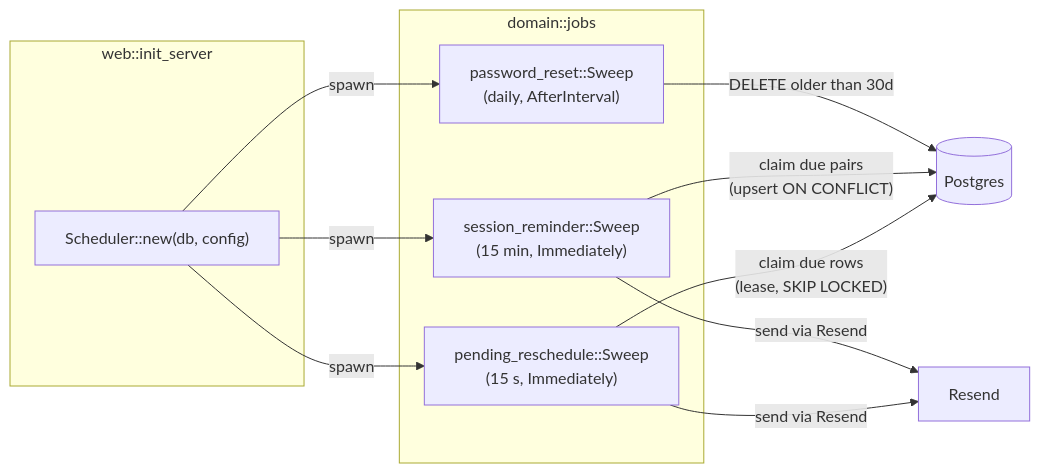
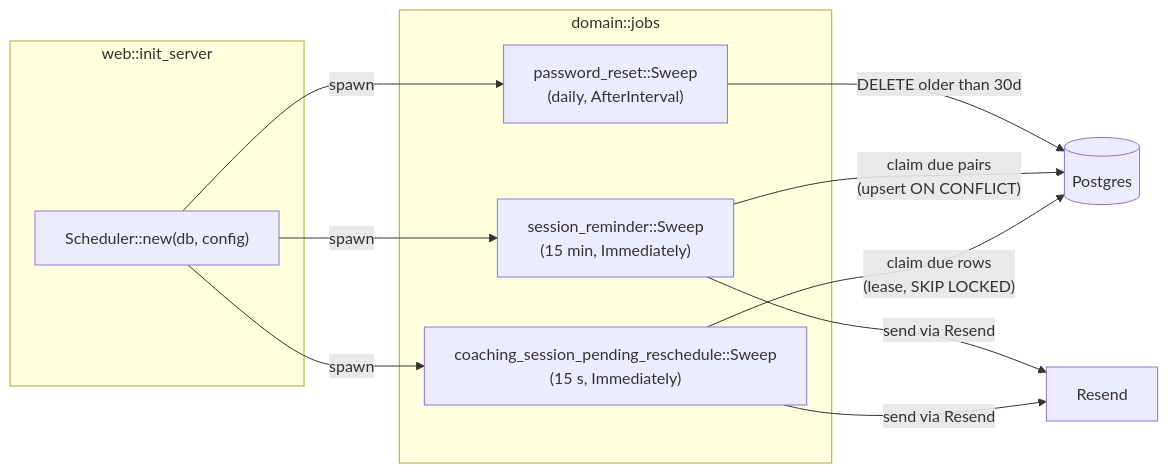
The diagram in docs/architecture/background_jobs.md (refactor-group/refactor-platform-rs), drawn with Mermaid before and after one commit. The commit also changed other lines of this file and 13 other files, not shown here.

First line of the commit message:
Name pending reschedule modules after their entity

````diff
--- a/docs/architecture/background_jobs.md
+++ b/docs/architecture/background_jobs.md
@@ -49,21 +49,21 @@
 ```mermaid
 flowchart LR
     subgraph web["web::init_server"]
         S["Scheduler::new(db, config)"]
     end
     subgraph jobs["domain::jobs"]
         PR["password_reset::Sweep\n(daily, AfterInterval)"]
         SR["session_reminder::Sweep\n(15 min, Immediately)"]
-        PRS["pending_reschedule::Sweep\n(15 s, Immediately)"]
+        PRS["coaching_session_pending_reschedule::Sweep\n(15 s, Immediately)"]
     end
     DB[("Postgres")]
 
     S -->|spawn| PR
     S -->|spawn| SR
     S -->|spawn| PRS
     PR -->|"DELETE older than 30d"| DB
     SR -->|"claim due pairs\n(upsert ON CONFLICT)"| DB
     SR -->|"send via Resend"| R["Resend"]
     PRS -->|"claim due rows\n(lease, SKIP LOCKED)"| DB
     PRS -->|"send via Resend"| R
 ```
````
